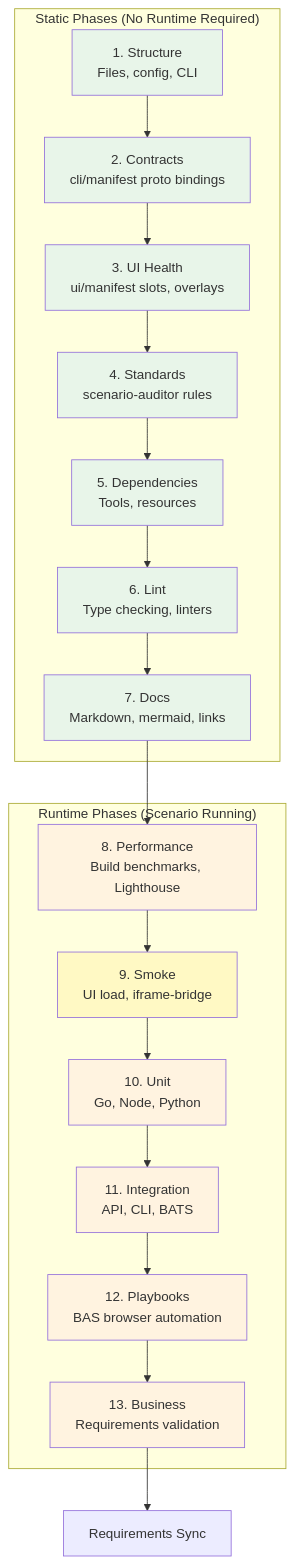
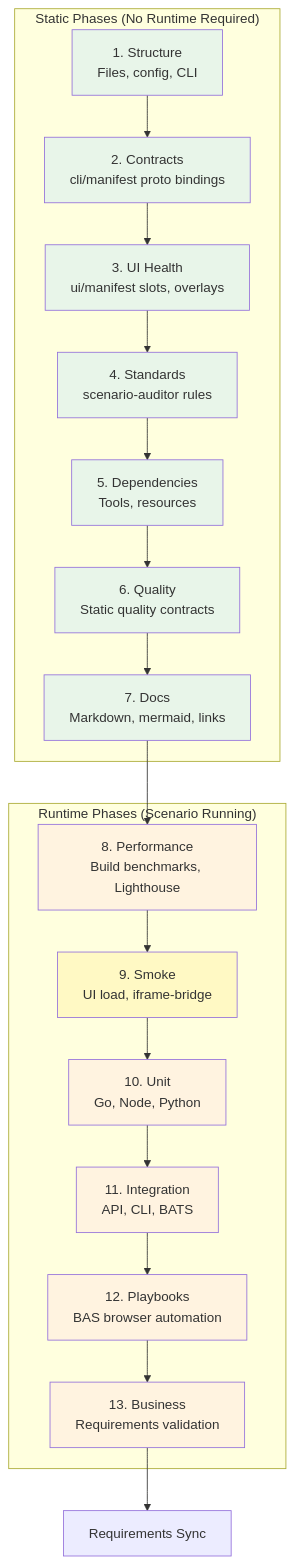
The diagram in scenarios/test-genie/docs/phases/README.md (Vrooli/Vrooli), drawn with Mermaid before and after one commit. The commit also changed other lines of this file and 88 other files, not shown here.

````diff
--- a/scenarios/test-genie/docs/phases/README.md
+++ b/scenarios/test-genie/docs/phases/README.md
@@ -9,39 +9,39 @@
 ```mermaid
 graph TB
     subgraph "Static Phases (No Runtime Required)"
         P1[1. Structure<br/>Files, config, CLI]
         P2[2. Contracts<br/>cli/manifest proto bindings]
         P3[3. UI Health<br/>ui/manifest slots, overlays]
         P4[4. Standards<br/>scenario-auditor rules]
         P5[5. Dependencies<br/>Tools, resources]
-        P6[6. Lint<br/>Type checking, linters]
+        P6[6. Quality<br/>Static quality contracts]
         P7[7. Docs<br/>Markdown, mermaid, links]
     end
 
     subgraph "Runtime Phases (Scenario Running)"
         P8[8. Performance<br/>Build benchmarks, Lighthouse]
         P9[9. Smoke<br/>UI load, iframe-bridge]
         P10[10. Unit<br/>Go, Node, Python]
         P11[11. Integration<br/>API, CLI, BATS]
         P12[12. Playbooks<br/>BAS browser automation]
         P13[13. Business<br/>Requirements validation]
     end
 
     P1 --> P2 --> P3 --> P4 --> P5 --> P6 --> P7 --> P8 --> P9 --> P10 --> P11 --> P12 --> P13
 
     P13 --> SYNC[Requirements Sync]
 
     style P1 fill:#e8f5e9
     style P2 fill:#e8f5e9
     style P3 fill:#e8f5e9
     style P4 fill:#e8f5e9
     style P5 fill:#e8f5e9
     style P6 fill:#e8f5e9
     style P7 fill:#e8f5e9
     style P8 fill:#fff3e0
     style P9 fill:#fff9c4
     style P10 fill:#fff3e0
     style P11 fill:#fff3e0
     style P12 fill:#fff3e0
     style P13 fill:#fff3e0
 ```
````
